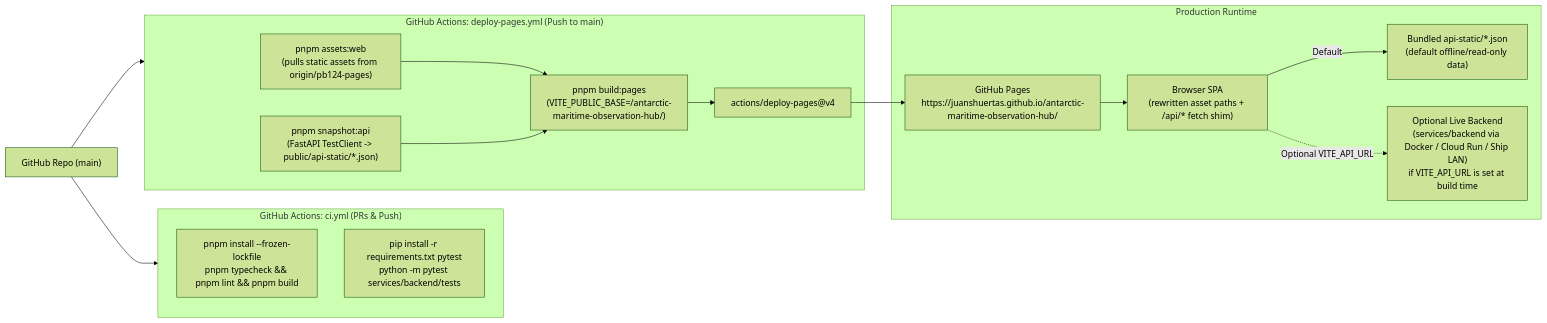
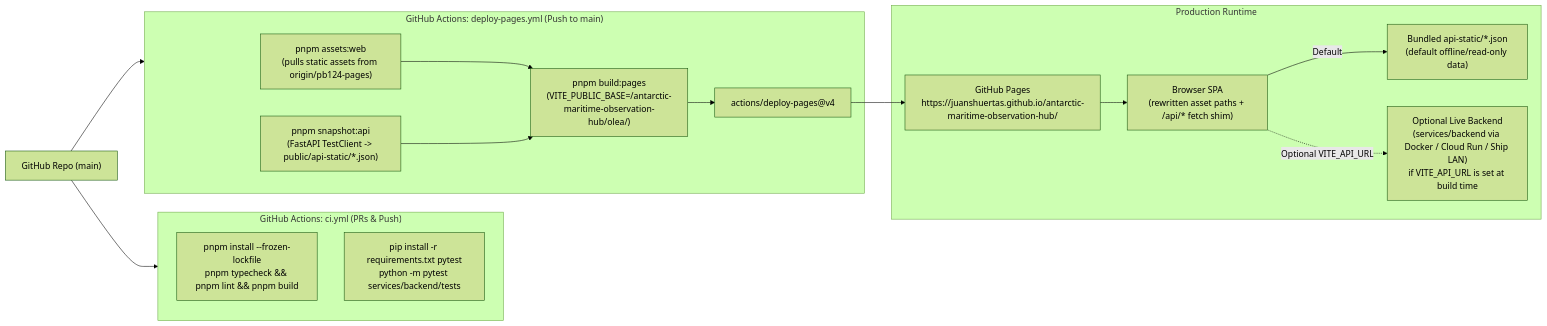
One commit to juanshuertas/antarctic-maritime-observation-hub changed the second of 2 diagrams in docs/MONOREPO.md. Above: the diagram before and after it, drawn with Mermaid (forest theme). The commit also changed other lines of this file and 3 other files, not shown here.

Commit message:
fix: publish OLEA bundle to the configured Pages branch (#28)

````diff
--- a/docs/MONOREPO.md
+++ b/docs/MONOREPO.md
@@ -178,31 +178,31 @@
 ```mermaid
 flowchart LR
     Repo["GitHub Repo (main)"]
 
     subgraph CI["GitHub Actions: ci.yml (PRs & Push)"]
         FE_CI["pnpm install --frozen-lockfile\npnpm typecheck && pnpm lint && pnpm build"]
         BE_CI["pip install -r requirements.txt pytest\npython -m pytest services/backend/tests"]
     end
 
     subgraph Pages["GitHub Actions: deploy-pages.yml (Push to main)"]
         Assets["pnpm assets:web\n(pulls static assets from origin/pb124-pages)"]
         Snap["pnpm snapshot:api\n(FastAPI TestClient -> public/api-static/*.json)"]
-        BuildPages["pnpm build:pages\n(VITE_PUBLIC_BASE=/antarctic-maritime-observation-hub/)"]
+        BuildPages["pnpm build:pages\n(VITE_PUBLIC_BASE=/antarctic-maritime-observation-hub/olea/)"]
         DeployPages["actions/deploy-pages@v4"]
     end
 
     subgraph Runtime["Production Runtime"]
         GHPages["GitHub Pages\nhttps://juanshuertas.github.io/antarctic-maritime-observation-hub/"]
         Browser["Browser SPA\n(rewritten asset paths + /api/* fetch shim)"]
         StaticAPI["Bundled api-static/*.json\n(default offline/read-only data)"]
         LiveBE["Optional Live Backend\n(services/backend via Docker / Cloud Run / Ship LAN)\nif VITE_API_URL is set at build time"]
     end
 
     Repo --> CI
     Repo --> Pages
     Assets --> BuildPages
     Snap --> BuildPages
     BuildPages --> DeployPages --> GHPages --> Browser
     Browser -->|"Default"| StaticAPI
     Browser -.->|"Optional VITE_API_URL"| LiveBE
 ```
````
